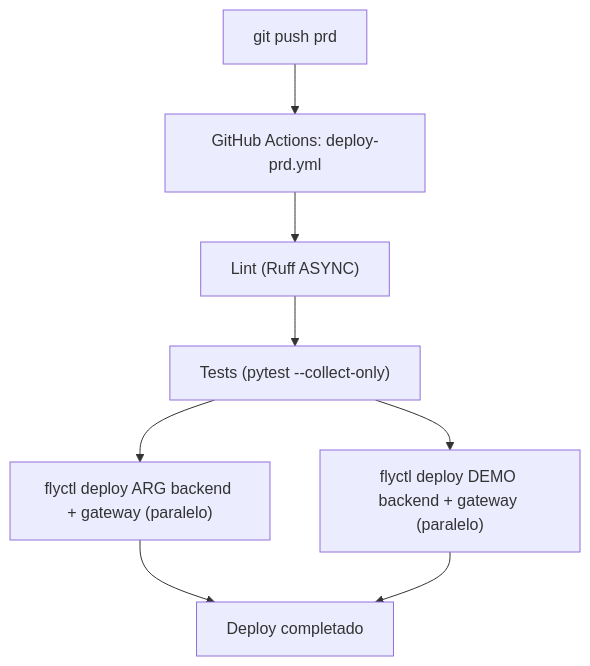
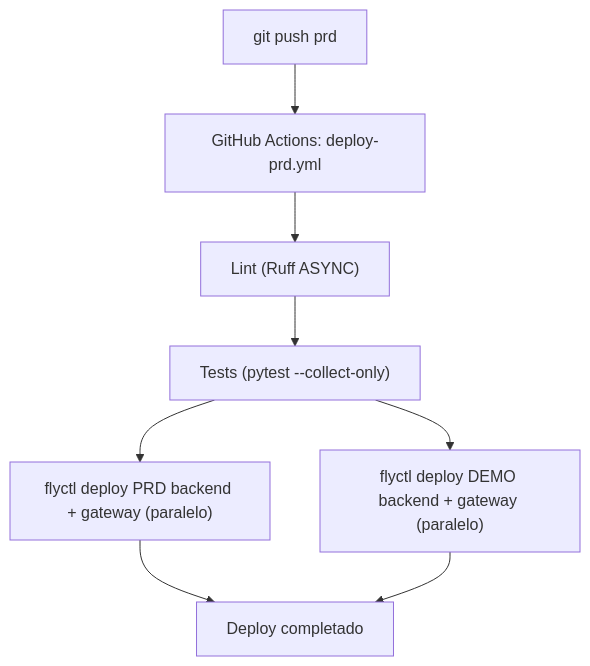
The fourth of 4 diagrams in docs/desarrollo/deploy/github-actions.md (GDI-AGPLv3/GDI-Docs), drawn with Mermaid before and after one commit. The commit also changed other lines of this file and 21 other files, not shown here.

````diff
--- a/docs/desarrollo/deploy/github-actions.md
+++ b/docs/desarrollo/deploy/github-actions.md
@@ -199,10 +199,10 @@
 ```mermaid
 graph TD
     A["git push prd"] --> B["GitHub Actions: deploy-prd.yml"]
     B --> C["Lint (Ruff ASYNC)"]
     C --> D["Tests (pytest --collect-only)"]
-    D --> E["flyctl deploy ARG backend + gateway (paralelo)"]
+    D --> E["flyctl deploy PRD backend + gateway (paralelo)"]
     D --> F["flyctl deploy DEMO backend + gateway (paralelo)"]
     E --> G["Deploy completado"]
     F --> G
 ```
````
